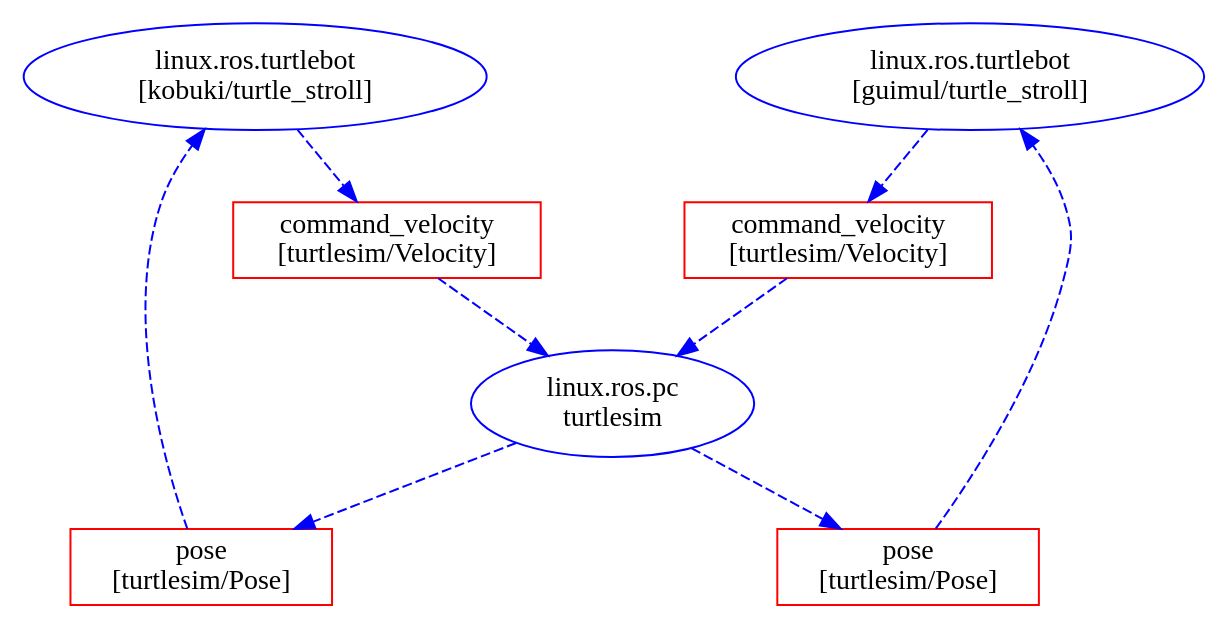
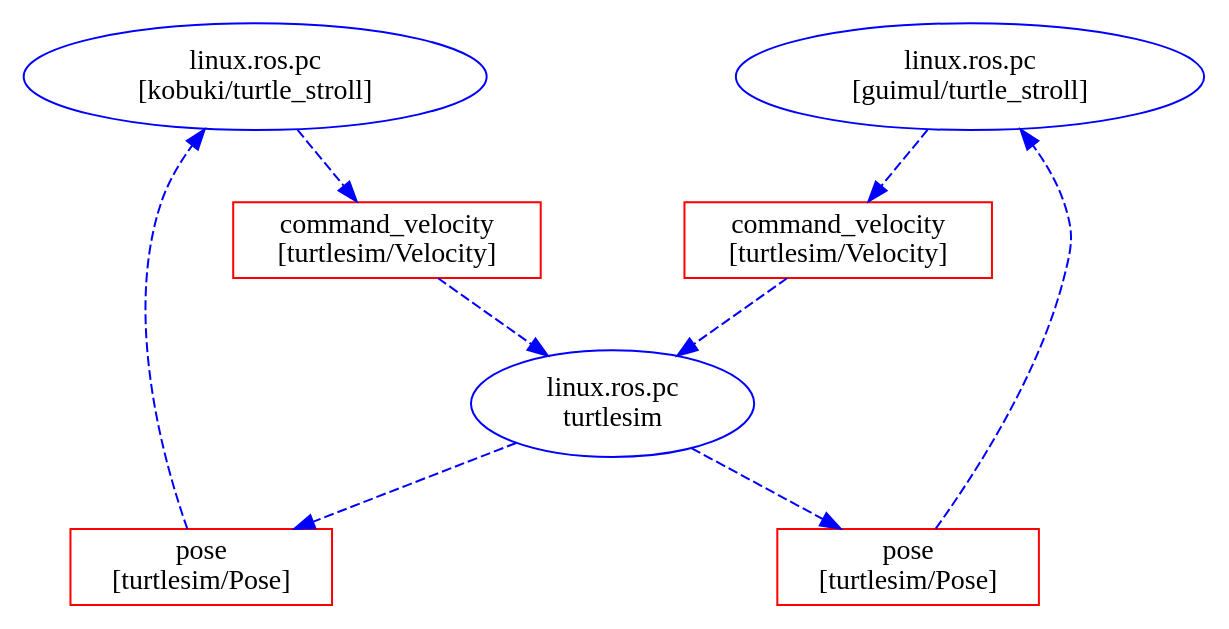
Before and after one commit to robotics-in-concert/rocon_demos: the diagram in turtle_concert/orchestration/implementation.dot, drawn with Graphviz. The commit also changed 5 other files, not shown here.

```diff
--- a/turtle_concert/orchestration/implementation.dot
+++ b/turtle_concert/orchestration/implementation.dot
@@ -1,33 +1,33 @@
 digraph hierarchy {
 
 	nodesep=1.0 // increases the separation between nodes
 
 	node [color=Red]
 	edge [color=Blue, style=dashed] //setup options
 
     // concert clients
-    kobuki [color=blue, shape=ellipse, label="linux.ros.turtlebot\n[kobuki/turtle_stroll]"]
-    guimul [color=blue, shape=ellipse, label="linux.ros.turtlebot\n[guimul/turtle_stroll]"]
+    kobuki [color=blue, shape=ellipse, label="linux.ros.pc\n[kobuki/turtle_stroll]"]
+    guimul [color=blue, shape=ellipse, label="linux.ros.pc\n[guimul/turtle_stroll]"]
     turtlesim [color=blue, shape=ellipse, label="linux.ros.pc\nturtlesim"]
  
     // topics
     kobuki_pose [color=red, shape=box, label="pose\n[turtlesim/Pose]"]
     kobuki_command_velocity [color=red, shape=box, label="command_velocity\n[turtlesim/Velocity]"]
     guimul_pose [color=red, shape=box, label="pose\n[turtlesim/Pose]"]
     guimul_command_velocity [color=red, shape=box, label="command_velocity\n[turtlesim/Velocity]"]
     
     // links
 	{rank = same; kobuki guimul }
 	//{rank = same; clear_cmd_list set_cmd_list recognized_cmd}
 	kobuki->{ kobuki_command_velocity }
     guimul->{ guimul_command_velocity }
     kobuki_command_velocity->turtlesim
     guimul_command_velocity->turtlesim
     turtlesim->kobuki_pose
     turtlesim->guimul_pose
 	kobuki_pose->kobuki
     guimul_pose->guimul
 	
 	//{rank=same; John Jack} //they have the same rank
 	//John->Jack [dir=both] // but is still on the same level as Jack
 }
```
